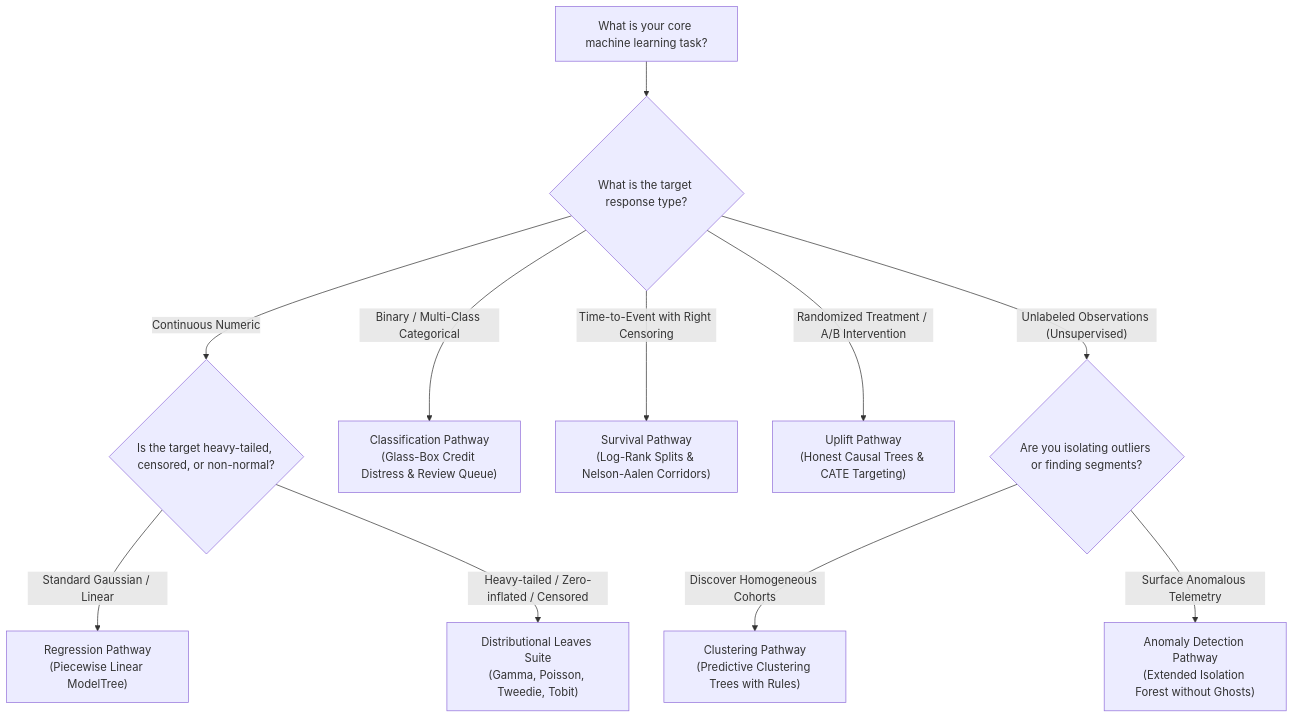
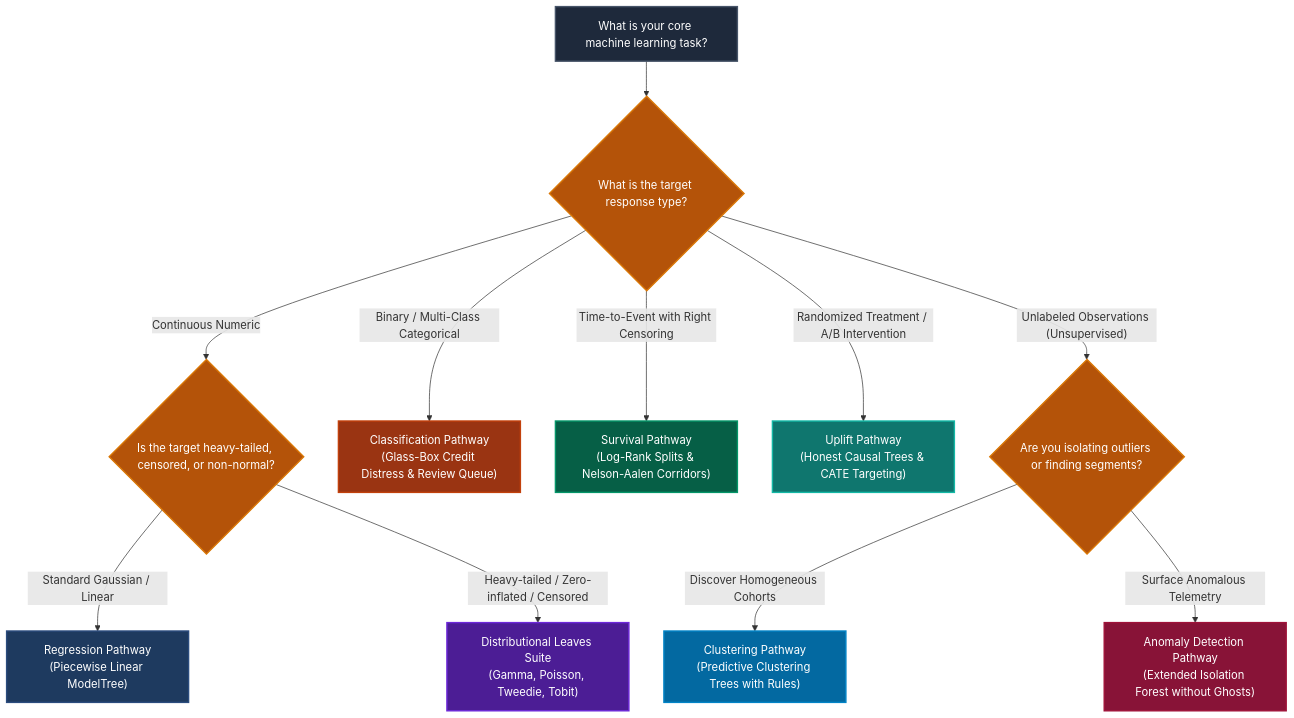
One commit to jkapila/mltreelib changed the diagram in docs/guides/index.md. Above: the diagram before and after it, drawn with Mermaid. The commit also changed 18 other files, not shown here.

Commit message:
docs: add native ModelTree graph, 5-leaf survival profiles, and color palette across all Mermaid diagrams

````diff
--- a/docs/guides/index.md
+++ b/docs/guides/index.md
@@ -5,18 +5,38 @@
 ```mermaid
 flowchart TD
     Start["What is your core machine learning task?"] --> Target{"What is the target response type?"}
     
     Target -- "Continuous Numeric" --> Dist{"Is the target heavy-tailed, censored, or non-normal?"}
     Dist -- "Standard Gaussian / Linear" --> G_Reg["Regression Pathway\n(Piecewise Linear ModelTree)"]
     Dist -- "Heavy-tailed / Zero-inflated / Censored" --> G_Dist["Distributional Leaves Suite\n(Gamma, Poisson, Tweedie, Tobit)"]
     
     Target -- "Binary / Multi-Class Categorical" --> G_Cla["Classification Pathway\n(Glass-Box Credit Distress & Review Queue)"]
     
     Target -- "Time-to-Event with Right Censoring" --> G_Surv["Survival Pathway\n(Log-Rank Splits & Nelson-Aalen Corridors)"]
     
     Target -- "Randomized Treatment / A/B Intervention" --> G_Uplift["Uplift Pathway\n(Honest Causal Trees & CATE Targeting)"]
     
     Target -- "Unlabeled Observations (Unsupervised)" --> Unsup{"Are you isolating outliers or finding segments?"}
     Unsup -- "Discover Homogeneous Cohorts" --> G_Clust["Clustering Pathway\n(Predictive Clustering Trees with Rules)"]
     Unsup -- "Surface Anomalous Telemetry" --> G_Anom["Anomaly Detection Pathway\n(Extended Isolation Forest without Ghosts)"]
+
+    classDef startBox fill:#1e293b,stroke:#475569,stroke-width:2px,color:#ffffff;
+    classDef gateBox fill:#b45309,stroke:#d97706,stroke-width:2px,color:#ffffff;
+    classDef regBox fill:#1e3a5f,stroke:#2b4c7e,stroke-width:2px,color:#ffffff;
+    classDef distBox fill:#4c1d95,stroke:#6d28d9,stroke-width:2px,color:#ffffff;
+    classDef claBox fill:#9a3412,stroke:#c2410c,stroke-width:2px,color:#ffffff;
+    classDef survBox fill:#065f46,stroke:#059669,stroke-width:2px,color:#ffffff;
+    classDef upliftBox fill:#0f766e,stroke:#14b8a6,stroke-width:2px,color:#ffffff;
+    classDef clustBox fill:#0369a1,stroke:#0284c7,stroke-width:2px,color:#ffffff;
+    classDef anomBox fill:#881337,stroke:#9f1239,stroke-width:2px,color:#ffffff;
+
+    class Start startBox;
+    class Target,Dist,Unsup gateBox;
+    class G_Reg regBox;
+    class G_Dist distBox;
+    class G_Cla claBox;
+    class G_Surv survBox;
+    class G_Uplift upliftBox;
+    class G_Clust clustBox;
+    class G_Anom anomBox;
 ```
````
